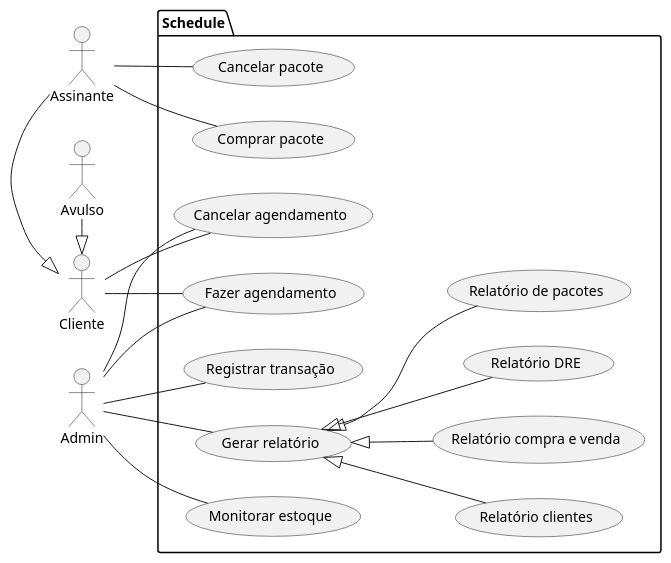
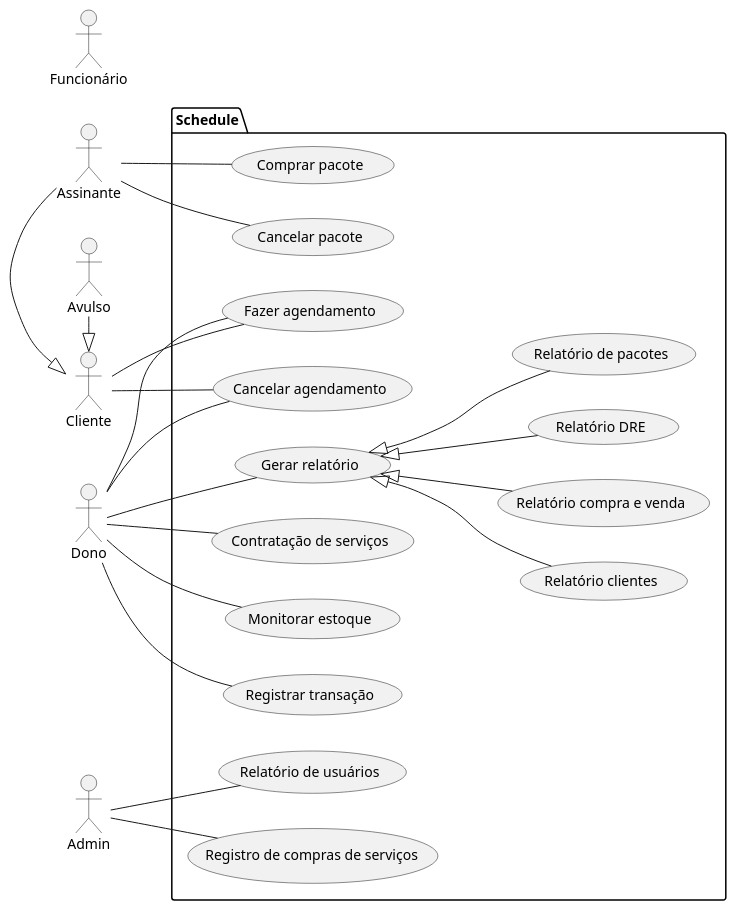
One commit to GabrielAlves027/ES2 changed the diagram in Doc/CasoDeUso/CasosDeUso.puml. Above: the diagram before and after it, drawn with PlantUML.

```diff
--- a/Doc/CasoDeUso/CasosDeUso.puml
+++ b/Doc/CasoDeUso/CasosDeUso.puml
@@ -1,35 +1,43 @@
 @startuml
 left to right direction
 actor Cliente as C
+actor Dono as D
+actor Funcionário as F
 actor Admin as A
 actor Assinante as S
 actor Avulso as V
 package Schedule{
   usecase "Fazer agendamento" as UC1
   usecase "Cancelar agendamento" as UC2
   usecase "Comprar pacote" as UC3
   usecase "Cancelar pacote" as UC4
   usecase "Monitorar estoque" as UC5
   usecase "Registrar transação" as UC6
   usecase "Gerar relatório" as UC7
   usecase "Relatório clientes" as UC8
   usecase "Relatório compra e venda" as UC9
   usecase "Relatório DRE" as UC10
   usecase "Relatório de pacotes" as UC11
+  usecase "Registro de compras de serviços" as UC12
+  usecase "Contratação de serviços" as UC13
+  usecase "Relatório de usuários" as UC14
 }
 C <|-left- S
 C <|-left- V
-A -- UC1
-A -- UC2
-A -- UC5
-A -- UC6
-A -- UC7
+D -- UC1
+D -- UC2
+D -- UC5
+D -- UC6
+D -- UC13
+D -- UC7
 S -- UC3
 S -- UC4
 C -- UC1
 C -- UC2
+A -- UC12
+A -- UC14
 (UC7) <|-- (UC8)
 (UC7) <|-- (UC9)
 (UC7) <|-- (UC10)
 (UC7) <|-- (UC11)
 @enduml
```
